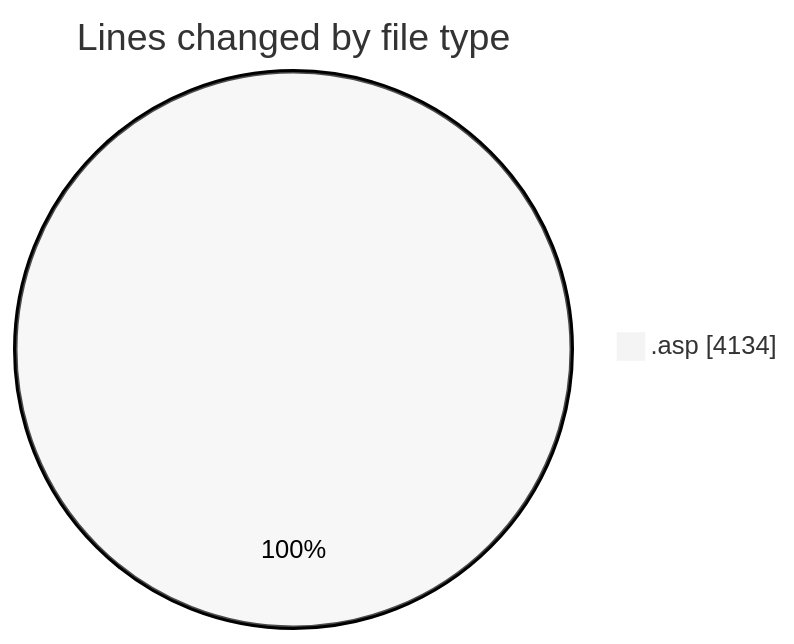
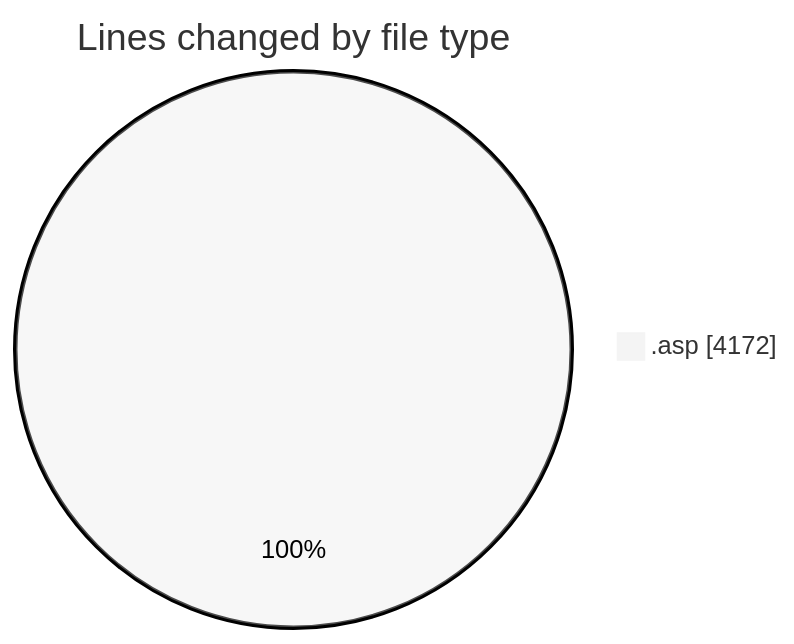
One commit to julien-gomy/code-tracking changed the first of 2 diagrams in 2025-10-30/cdp_aleoudev_fr__workspace_/README.md. Above: the diagram before and after it, drawn with Mermaid (neutral theme). The commit also changed other lines of this file and 1 other file, not shown here.

````diff
--- a/2025-10-30/cdp_aleoudev_fr__workspace_/README.md
+++ b/2025-10-30/cdp_aleoudev_fr__workspace_/README.md
@@ -22,5 +22,5 @@
 ```mermaid
 pie showData
 title Lines changed by file type
-".asp" : 4134
+".asp" : 4172
 ```
````
